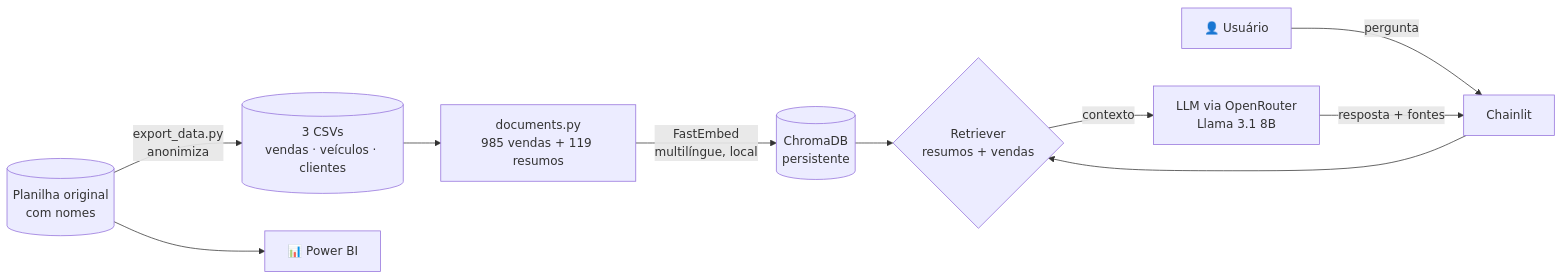
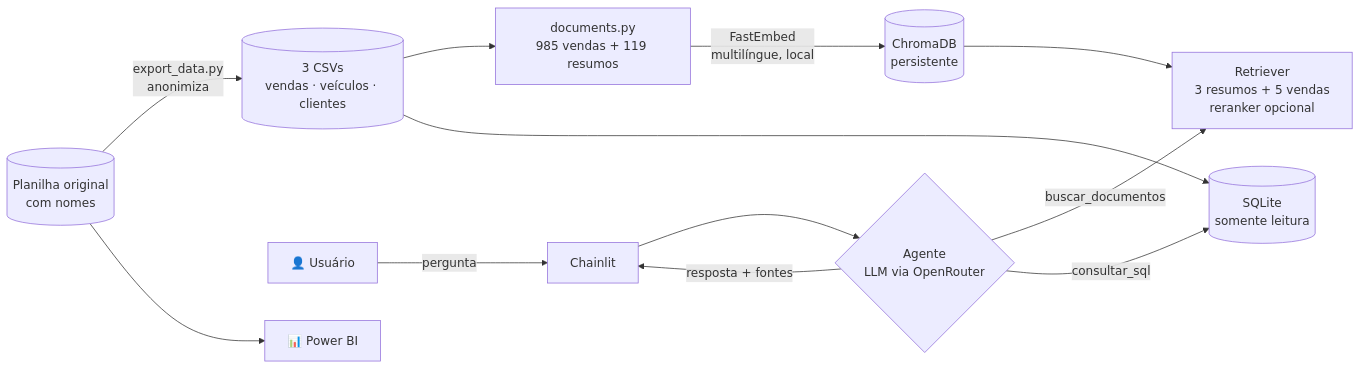
One commit to brenolrocha22/RAG-DIO changed the diagram in README.md. Above: the diagram before and after it, drawn with Mermaid. The commit also changed other lines of this file and 6 other files, not shown here.

First line of the commit message:
feat(rag): agente com SQL, filtros de metadados e reranker opcional

````diff
--- a/README.md
+++ b/README.md
@@ -65,12 +72,14 @@
 ```mermaid
 flowchart LR
     XLSX[(Planilha original<br/>com nomes)] -->|export_data.py<br/>anonimiza| CSV[(3 CSVs<br/>vendas · veículos · clientes)]
     CSV --> DOCS[documents.py<br/>985 vendas + 119 resumos]
     DOCS -->|FastEmbed<br/>multilíngue, local| CHROMA[(ChromaDB<br/>persistente)]
+    CSV --> DB[(SQLite<br/>somente leitura)]
     U[👤 Usuário] -->|pergunta| UI[Chainlit]
-    UI --> R{Retriever<br/>resumos + vendas}
+    UI --> AG{Agente<br/>LLM via OpenRouter}
+    AG -->|buscar_documentos| R[Retriever<br/>3 resumos + 5 vendas<br/>reranker opcional]
     CHROMA --> R
-    R -->|contexto| LLM[LLM via OpenRouter<br/>Llama 3.1 8B]
-    LLM -->|resposta + fontes| UI
+    AG -->|consultar_sql| DB
+    AG -->|resposta + fontes| UI
     XLSX --> PBI[📊 Power BI]
 ```
````
